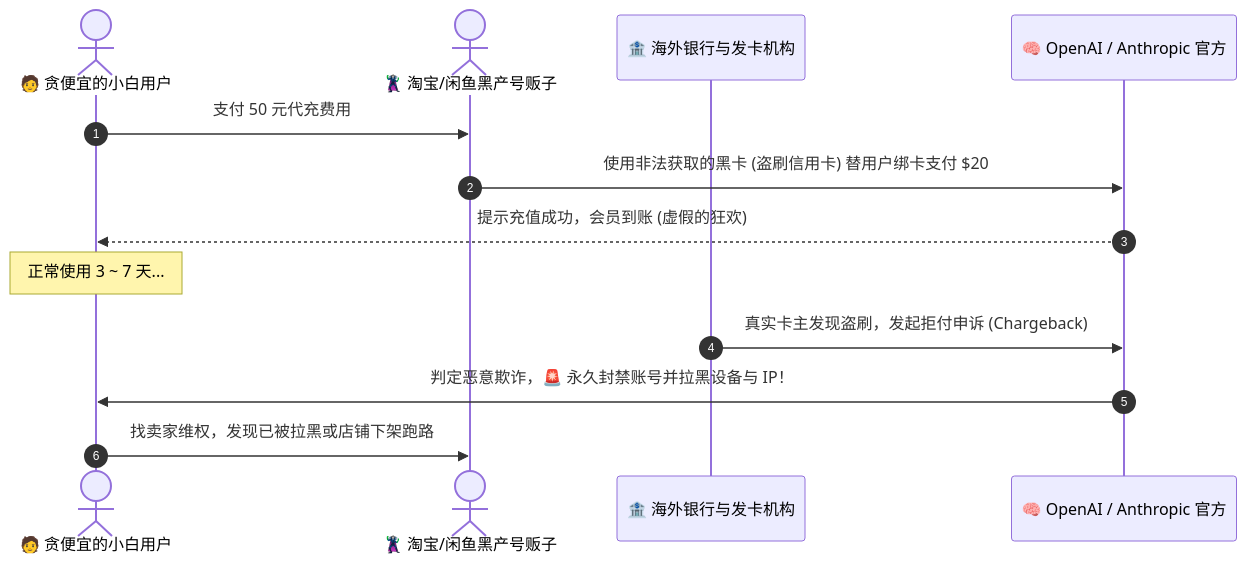
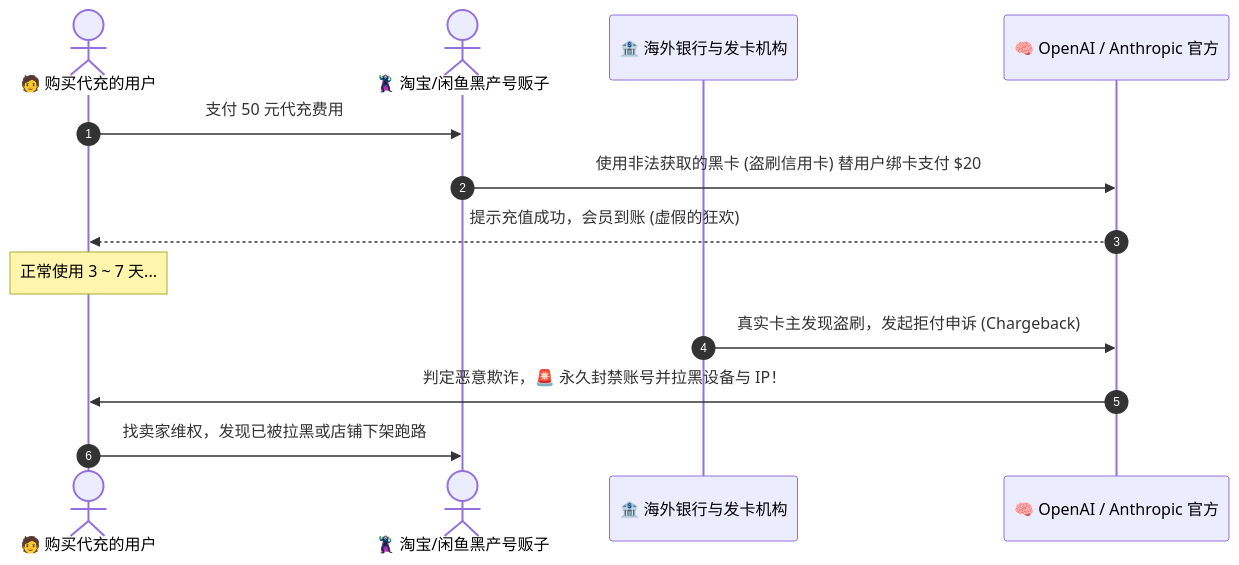
The third of 4 diagrams in 14_如何正确的使用agent工具/05_中转站和代充.md (buffer121328/vibe-coding-and-agents), drawn with Mermaid before and after one commit. The commit also changed other lines of this file and 147 other files, not shown here.

````diff
--- a/14_如何正确的使用agent工具/05_中转站和代充.md
+++ b/14_如何正确的使用agent工具/05_中转站和代充.md
@@ -89,16 +89,16 @@
 ```mermaid
 sequenceDiagram
     autonumber
-    actor Victim as 🧑 贪便宜的小白用户
+    actor Victim as 🧑 购买代充的用户
     actor Scammer as 🦹 淘宝/闲鱼黑产号贩子
     participant Bank as 🏦 海外银行与发卡机构
     participant AI as 🧠 OpenAI / Anthropic 官方
 
     Victim->>Scammer: 支付 50 元代充费用
     Scammer->>AI: 使用非法获取的黑卡 (盗刷信用卡) 替用户绑卡支付 $20
     AI-->>Victim: 提示充值成功，会员到账 (虚假的狂欢)
     Note over Victim: 正常使用 3 ~ 7 天...
     Bank->>AI: 真实卡主发现盗刷，发起拒付申诉 (Chargeback)
     AI->>Victim: 判定恶意欺诈，🚨 永久封禁账号并拉黑设备与 IP！
     Victim->>Scammer: 找卖家维权，发现已被拉黑或店铺下架跑路
 ```
````
